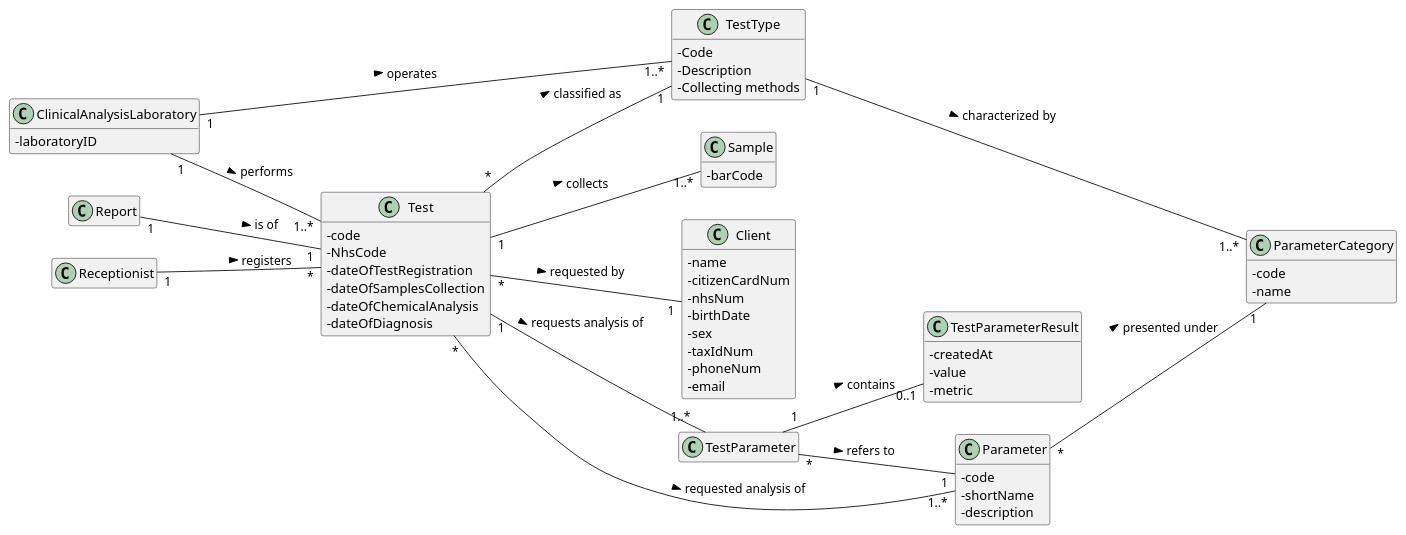
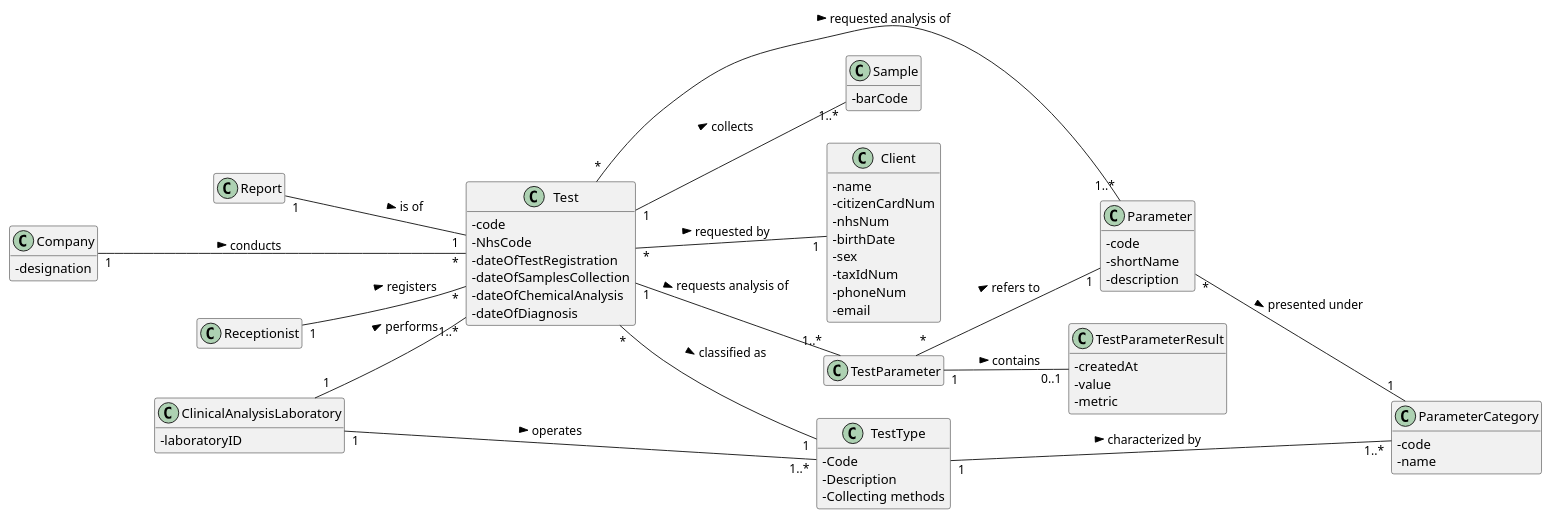
The diagram in docs/SprintC/US_4/US4_DM.puml (ana-albergaria/LAPR2-ISEP), drawn with PlantUML before and after one commit. The commit also changed 10 other files, not shown here.

```diff
--- a/docs/SprintC/US_4/US4_DM.puml
+++ b/docs/SprintC/US_4/US4_DM.puml
@@ -1,74 +1,78 @@
 @startuml
 
 left to right direction
 skinparam classAttributeIconSize 0
 hide empty methods
 hide empty attributes
 
 class Test{
 - code
 - NhsCode
 - dateOfTestRegistration
 - dateOfSamplesCollection
 - dateOfChemicalAnalysis
 - dateOfDiagnosis
+}
+
+class Company {
+-designation
 }
 
 class ParameterCategory{
   -code
   -name
 }
 
 class Receptionist{}
 
 class Sample{
 - barCode
 }
 
 class Client{
 - name
 - citizenCardNum
 - nhsNum
 - birthDate
 - sex
 - taxIdNum
 - phoneNum
 - email
 }
 class TestParameter{}
 class TestParameterResult{
 - createdAt
 - value
 - metric
 }
 class TestType{
 - Code
 - Description
 - Collecting methods
 }
 
 class Parameter{
 - code
 - shortName
 - description
 }
 
 class ClinicalAnalysisLaboratory{
 - laboratoryID
 }
 
 Test "*" -- "1" TestType : classified as >
 Report "1" -- "1" Test : is of >
 Test "*" -- "1" Client : requested by >
 Test "*" -- "1..*" Parameter : requested analysis of >
 Receptionist "1" -- "*" Test : registers >
 Parameter "*" -- "1" ParameterCategory: presented under >
 TestType "1" -- "1..*" ParameterCategory : characterized by >
 Test "1" -- "1..*" Sample : collects >
 Test "1" -- "1..*" TestParameter : requests analysis of >
 TestParameter "*" -- "1" Parameter : refers to >
 TestParameter "1" -- "0..1" TestParameterResult : contains >
 ClinicalAnalysisLaboratory "1" -- "1..*" TestType : operates >
 ClinicalAnalysisLaboratory "1" -- "1..*" Test : performs >
-
+Company "1" --- "*" Test : conducts >
 @enduml
```
